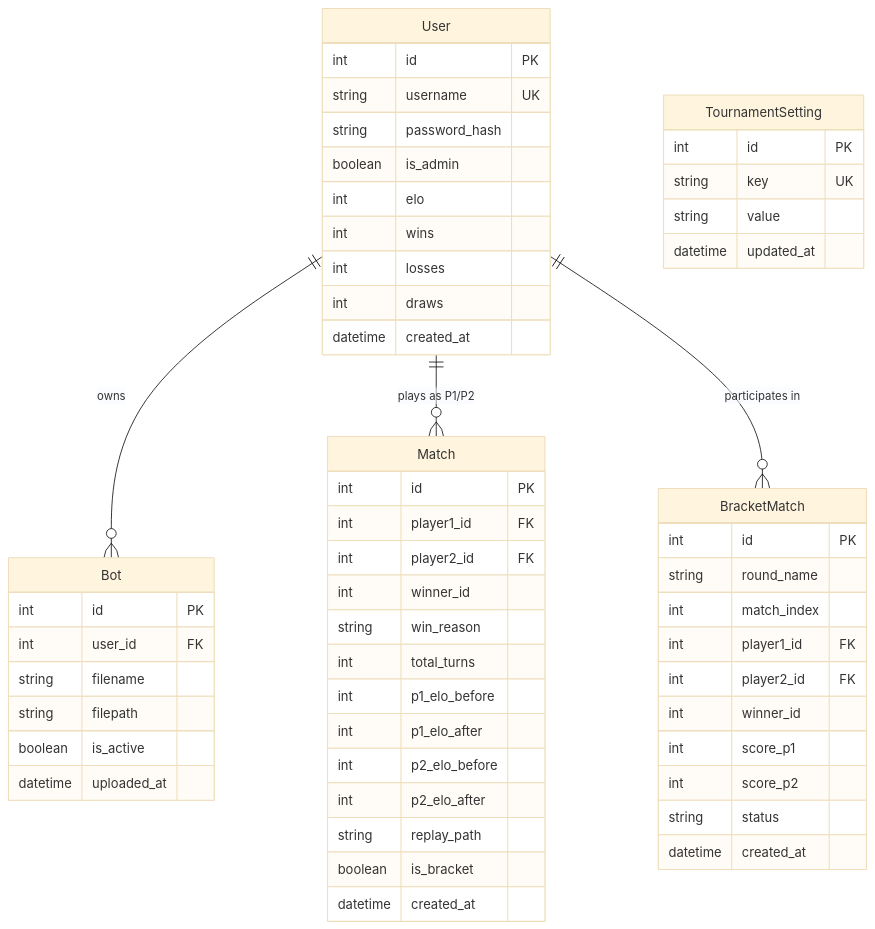
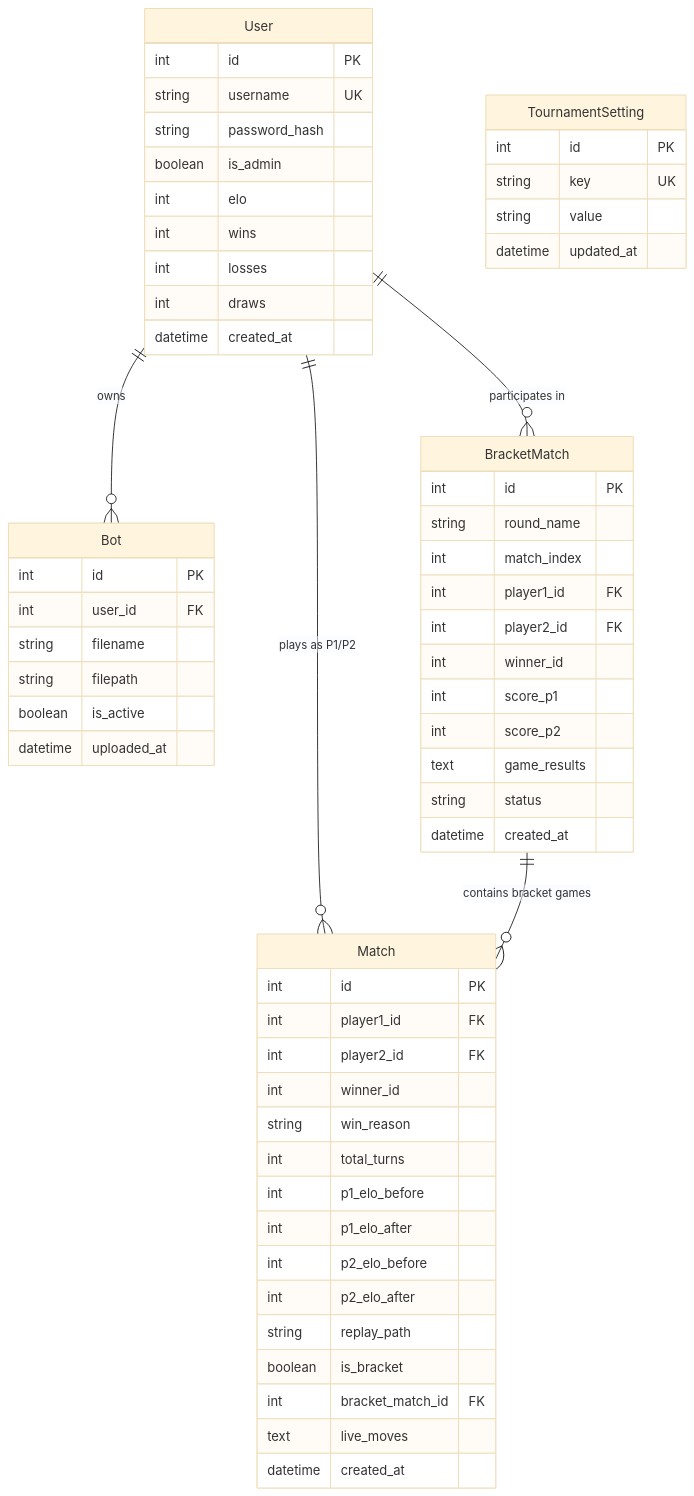
Before and after one commit to penndulumz/CodeDuel-networkprogrammingcourse: the second of 2 diagrams in docs/ARCHITECTURE.md, drawn with Mermaid (base theme). The commit also changed other lines of this file and 16 other files, not shown here.

Commit message:
Add live multi-board bracket projections

````diff
--- a/docs/ARCHITECTURE.md
+++ b/docs/ARCHITECTURE.md
@@ -126,63 +126,67 @@
 ```mermaid
 erDiagram
     User ||--o{ Bot : owns
     User ||--o{ Match : "plays as P1/P2"
     User ||--o{ BracketMatch : "participates in"
+    BracketMatch ||--o{ Match : "contains bracket games"
     
     User {
         int id PK
         string username UK
         string password_hash
         boolean is_admin
         int elo
         int wins
         int losses
         int draws
         datetime created_at
     }
 
     Bot {
         int id PK
         int user_id FK
         string filename
         string filepath
         boolean is_active
         datetime uploaded_at
     }
 
     Match {
         int id PK
         int player1_id FK
         int player2_id FK
         int winner_id
         string win_reason
         int total_turns
         int p1_elo_before
         int p1_elo_after
         int p2_elo_before
         int p2_elo_after
         string replay_path
         boolean is_bracket
+        int bracket_match_id FK
+        text live_moves
         datetime created_at
     }
 
     TournamentSetting {
         int id PK
         string key UK
         string value
         datetime updated_at
     }
 
     BracketMatch {
         int id PK
         string round_name
         int match_index
         int player1_id FK
         int player2_id FK
         int winner_id
         int score_p1
         int score_p2
+        text game_results
         string status
         datetime created_at
     }
 ```
````
